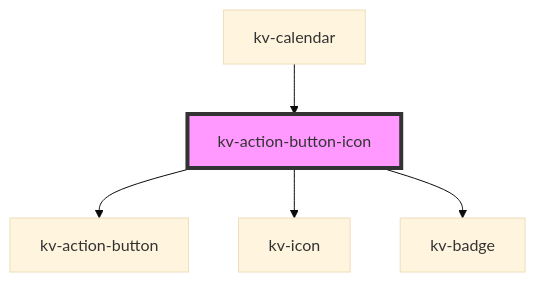
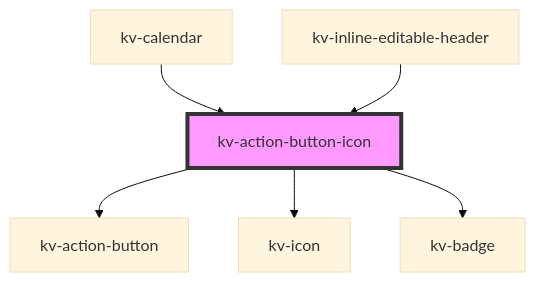
The diagram in packages/ui-components/src/components/action-button-icon/readme.md (kelvininc/ui-components), drawn with Mermaid (base theme) before and after one commit. The commit also changed other lines of this file and 15 other files, not shown here.

Commit message:
feat(inline-editable-header): add component

````diff
--- a/packages/ui-components/src/components/action-button-icon/readme.md
+++ b/packages/ui-components/src/components/action-button-icon/readme.md
@@ -117,8 +118,9 @@
 ```mermaid
 graph TD;
   kv-action-button-icon --> kv-action-button
   kv-action-button-icon --> kv-icon
   kv-action-button-icon --> kv-badge
   kv-calendar --> kv-action-button-icon
+  kv-inline-editable-header --> kv-action-button-icon
   style kv-action-button-icon fill:#f9f,stroke:#333,stroke-width:4px
 ```
````
